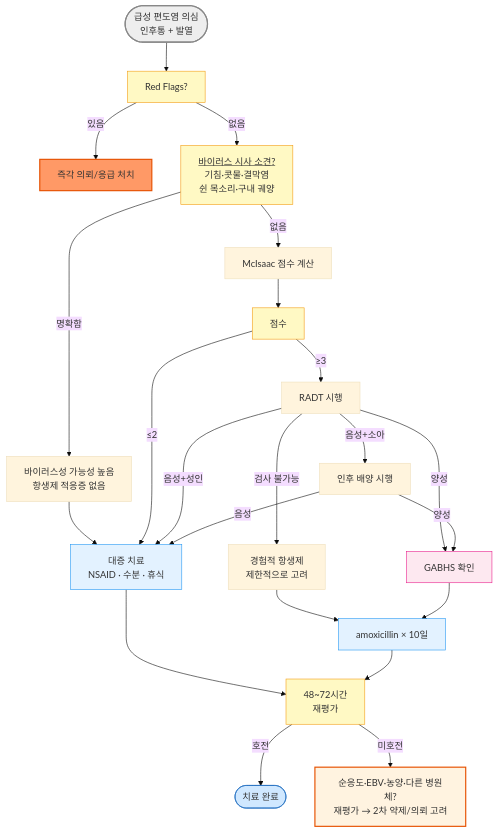
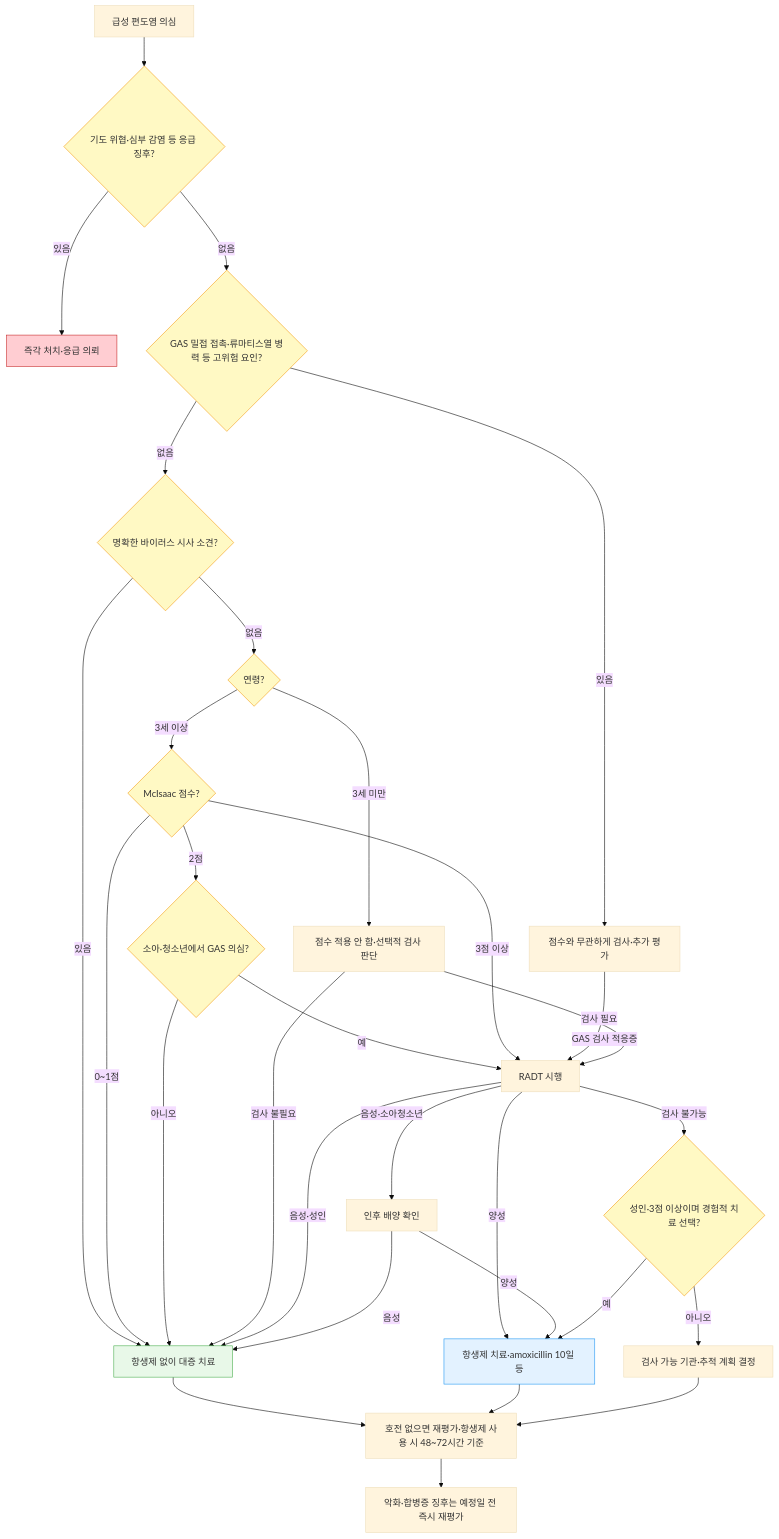
The diagram in 223_/064_-tonsillitis.md (familyoh77/familyoh77), drawn with Mermaid (base theme) before and after one commit. The commit also changed other lines of this file and 1 other file, not shown here.

````diff
--- a/223_/064_-tonsillitis.md
+++ b/223_/064_-tonsillitis.md
@@ -128,34 +132,37 @@
 ```mermaid
-graph TD
-    A([급성 편도염 의심<br/>인후통 + 발열]) --> B[Red Flags?]
-    B -- 있음 --> C[즉각 의뢰/응급 처치]
-    B -- 없음 --> D[<u>바이러스 시사 소견?</u><br/>기침·콧물·결막염<br/>쉰 목소리·구내 궤양]
-    D -- 명확함 --> E[바이러스성 가능성 높음<br/>항생제 적응증 없음]
-    D -- 없음 --> F[McIsaac 점수 계산]
-    E --> G[대증 치료<br/>NSAID · 수분 · 휴식]
-    F --> H[점수]
-    H -- ≤2 --> G
-    H -- ≥3 --> I[RADT 시행]
-    I -- 양성 --> K[GABHS 확인]
-    I -- 음성+소아 --> L[인후 배양 시행]
-    I -- 음성+성인 --> G
+flowchart TD
+    A["급성 편도염 의심"] --> B{"기도 위협·심부 감염 등 응급 징후?"}
+    B -- 있음 --> C["즉각 처치·응급 의뢰"]
+    B -- 없음 --> D{"GAS 밀접 접촉·류마티스열 병력 등 고위험 요인?"}
+    D -- 있음 --> R["점수와 무관하게 검사·추가 평가"]
+    D -- 없음 --> E{"명확한 바이러스 시사 소견?"}
+    E -- 있음 --> G["항생제 없이 대증 치료"]
+    E -- 없음 --> F{"연령?"}
+    F -- 3세 미만 --> U["점수 적용 안 함·선택적 검사 판단"]
+    F -- 3세 이상 --> H{"McIsaac 점수?"}
+    H -- 0~1점 --> G
+    H -- 2점 --> T{"소아·청소년에서 GAS 의심?"}
+    T -- 예 --> I["RADT 시행"]
+    T -- 아니오 --> G
+    H -- 3점 이상 --> I
+    R -- GAS 검사 적응증 --> I
+    U -- 검사 필요 --> I
+    U -- 검사 불필요 --> G
+    I -- 양성 --> K["항생제 치료·amoxicillin 10일 등"]
+    I -- 음성·소아청소년 --> L["인후 배양 확인"]
+    I -- 음성·성인 --> G
     L -- 양성 --> K
     L -- 음성 --> G
-    I -- 검사 불가능 --> J[경험적 항생제<br/>제한적으로 고려]
-    J --> M
-    K --> M[amoxicillin × 10일]
-    G --> N[48~72시간<br/>재평가]
-    M --> N
-    N -- 호전 --> O([치료 완료])
-    N -- 미호전 --> P[순응도·EBV·농양·다른 병원체?<br/>재평가 → 2차 약제/의뢰 고려]
-
-style A fill:#eeeeee,stroke:#888888,stroke-width:2px
-classDef yellow fill:#fff9c4,stroke:#f39c12
-class B,D,H,N yellow
-classDef sky fill:#e3f2ff,stroke:#2196f3
-class G,M sky
-style K fill:#fde8f0,stroke:#e91e8c
-        style C fill:#f96,stroke:#e65100,stroke-width:2px
-    style P fill:#fff3e0,stroke:#e65100,stroke-width:2px
-    style O fill:#d0e8ff,stroke:#1a6abf
+    I -- 검사 불가능 --> J{"성인·3점 이상이며 경험적 치료 선택?"}
+    J -- 아니오 --> N["검사 가능 기관·추적 계획 결정"]
+    J -- 예 --> K
+    G --> V["호전 없으면 재평가·항생제 사용 시 48~72시간 기준"]
+    K --> V
+    N --> V
+    V --> P["악화·합병증 징후는 예정일 전 즉시 재평가"]
+    classDef warning fill:#fff9c4,stroke:#f39c12
+    class B,D,E,F,H,T,J warning
+    style C fill:#ffcdd2,stroke:#c62828
+    style K fill:#e3f2ff,stroke:#2196f3
+    style G fill:#e8f8e8,stroke:#4caf50
 ```
````
